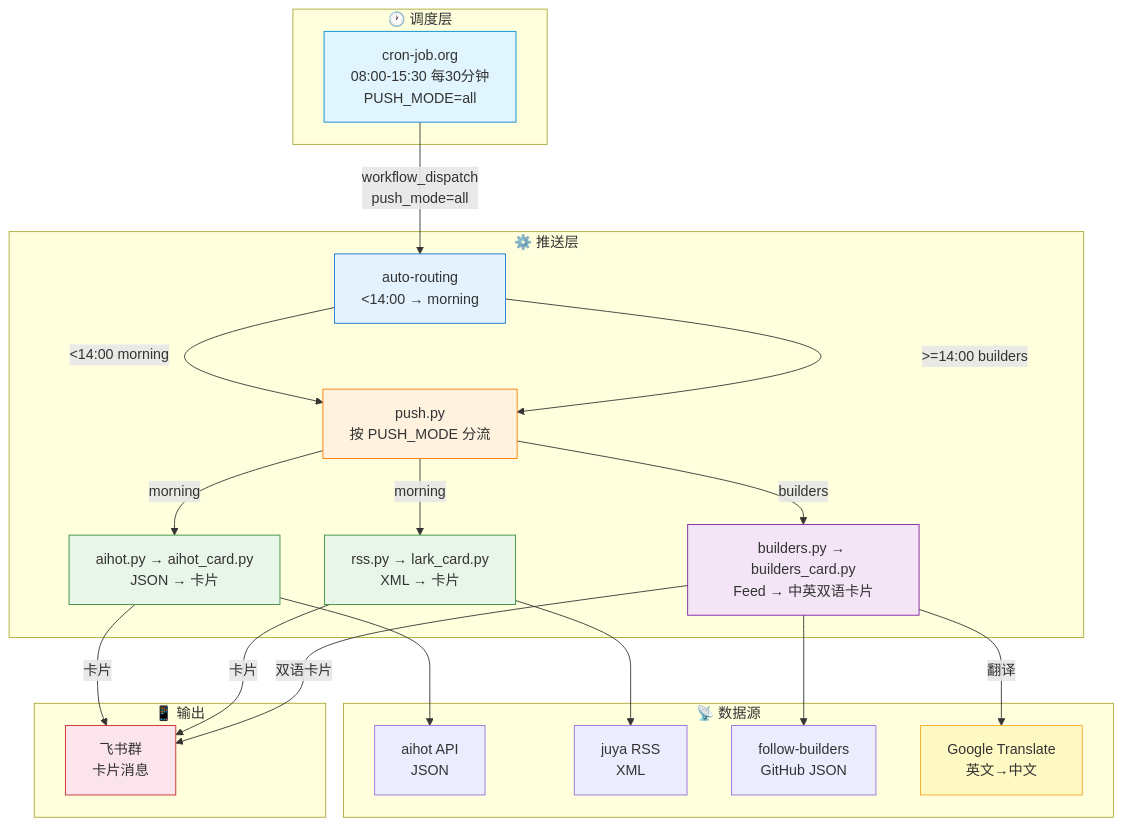
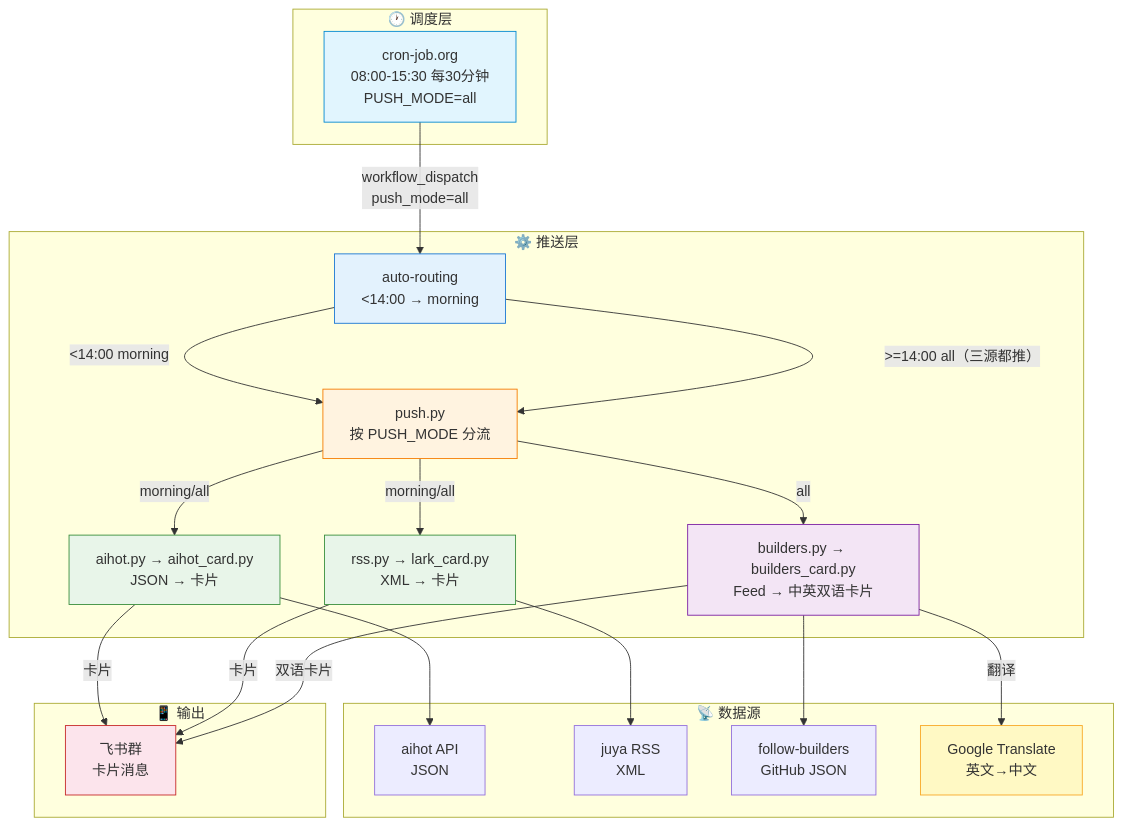
The first of 2 diagrams in README.md (Ai-luren/ainews-to-feishu), drawn with Mermaid before and after one commit. The commit also changed other lines of this file and 11 other files, not shown here.

````diff
--- a/README.md
+++ b/README.md
@@ -134,48 +134,48 @@
 ```mermaid
 flowchart TB
     subgraph 调度["🕐 调度层"]
         C1["cron-job.org<br/>08:00-15:30 每30分钟<br/>PUSH_MODE=all"]
     end
 
     subgraph 推送["⚙️ 推送层"]
-        R["auto-routing<br/>&lt;14:00 → morning<br/&gt;=14:00 → builders"]
+        R["auto-routing<br/>&lt;14:00 → morning<br/&gt;=14:00 → all（三源都推）"]
         P["push.py<br/>按 PUSH_MODE 分流"]
         A["aihot.py → aihot_card.py<br/>JSON → 卡片"]
         J["rss.py → lark_card.py<br/>XML → 卡片"]
         B["builders.py → builders_card.py<br/>Feed → 中英双语卡片"]
     end
 
     subgraph 数据["📡 数据源"]
         A1["aihot API<br/>JSON"]
         J1["juya RSS<br/>XML"]
         B1["follow-builders<br/>GitHub JSON"]
         T["Google Translate<br/>英文→中文"]
     end
 
     subgraph 输出["📱 输出"]
         F["飞书群<br/>卡片消息"]
     end
 
     C1 -->|"workflow_dispatch<br/>push_mode=all"| R
     R -->|"<14:00 morning"| P
-    R -->|">=14:00 builders"| P
-    P -->|"morning"| A
-    P -->|"morning"| J
-    P -->|"builders"| B
+    R -->|">=14:00 all（三源都推）"| P
+    P -->|"morning/all"| A
+    P -->|"morning/all"| J
+    P -->|"all"| B
     A --> A1
     J --> J1
     B --> B1
     B -->|"翻译"| T
     A -->|"卡片"| F
     J -->|"卡片"| F
     B -->|"双语卡片"| F
 
     style C1 fill:#e1f5fe,stroke:#0288d1
     style R fill:#e3f2fd,stroke:#1976d2
     style P fill:#fff3e0,stroke:#f57c00
     style A fill:#e8f5e9,stroke:#388e3c
     style J fill:#e8f5e9,stroke:#388e3c
     style B fill:#f3e5f5,stroke:#7b1fa2
     style T fill:#fff9c4,stroke:#f9a825
     style F fill:#fce4ec,stroke:#c62828
 ```
````
